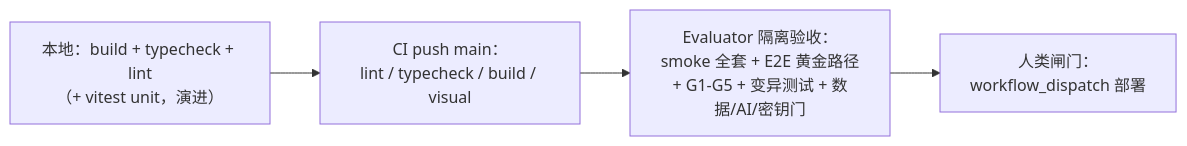
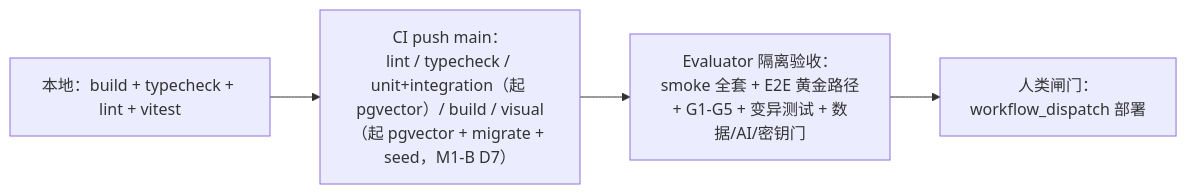
The sixth of 6 diagrams in docs/dev/architecture.md (tripplemay/newkolmatrix), drawn with Mermaid before and after one commit. The commit also changed other lines of this file and 2 other files, not shown here.

First line of the commit message:
docs(M1-C-LIST-TODAY-F007): architecture.md 口径校准——17 条清单 + 10 处连带残留

````diff
--- a/docs/dev/architecture.md
+++ b/docs/dev/architecture.md
@@ -1682,6 +1686,6 @@
 ```mermaid
 flowchart LR
-  A["本地：build + typecheck + lint<br/>（+ vitest unit，演进）"] --> B["CI push main：<br/>lint / typecheck / build / visual"]
+  A["本地：build + typecheck + lint + vitest"] --> B["CI push main：<br/>lint / typecheck / unit+integration（起 pgvector）/ build / visual（起 pgvector + migrate + seed，M1-B D7）"]
   B --> C["Evaluator 隔离验收：<br/>smoke 全套 + E2E 黄金路径<br/>+ G1-G5 + 变异测试 + 数据/AI/密钥门"]
   C --> D["人类闸门：<br/>workflow_dispatch 部署"]
 ```
````
